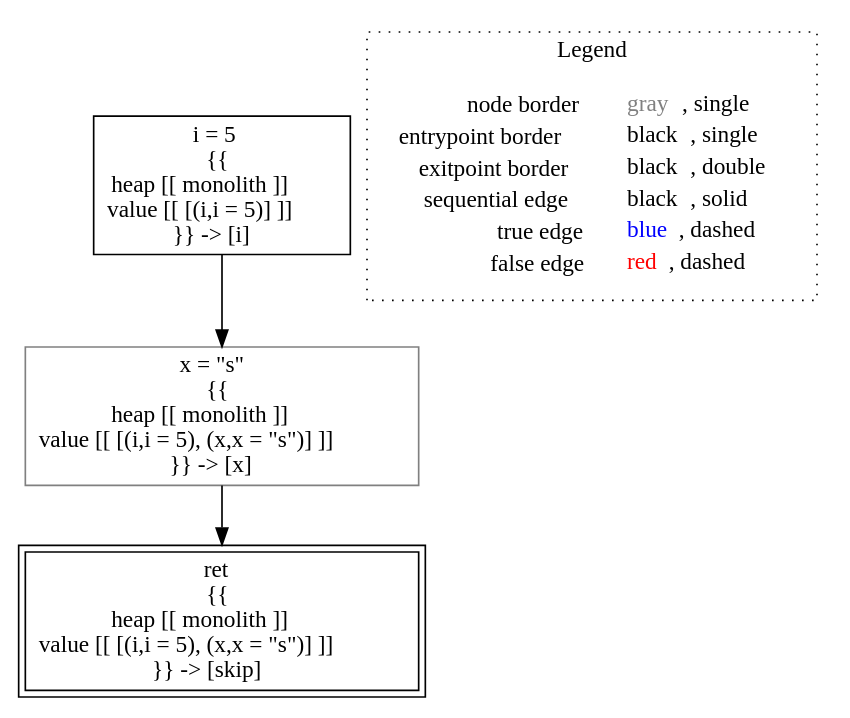
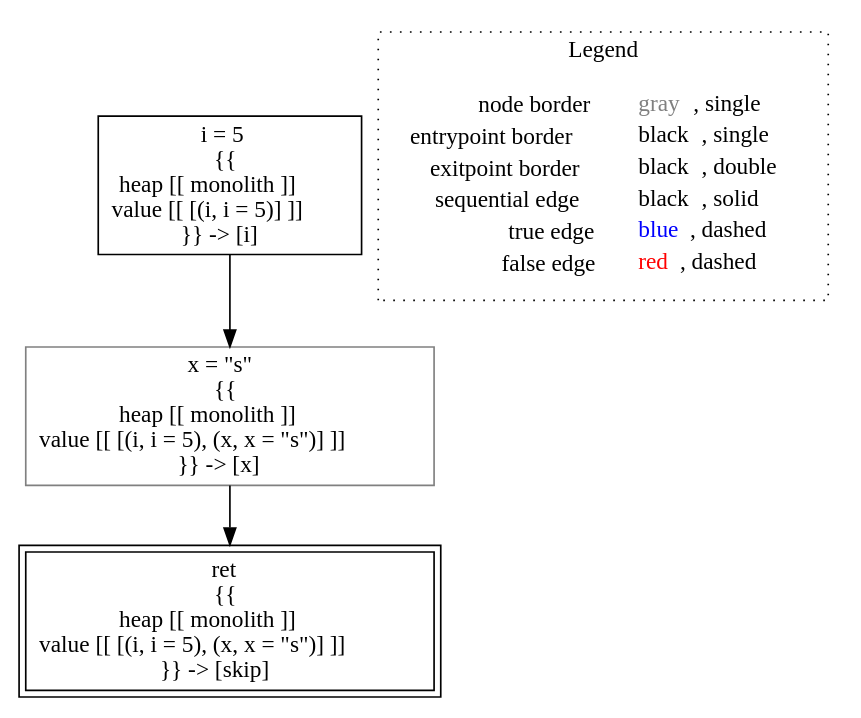
Before and after one commit to lisa-analyzer/lisa: the diagram in lisa/imp-testcases/reaching-definitions/analysis___untyped_reachingDefinitions.test1(reachingDefinitions_this).dot, drawn with Graphviz. The commit also changed 38 other files, not shown here.

```diff
--- a/lisa/imp-testcases/reaching-definitions/analysis___untyped_reachingDefinitions.test1(reachingDefinitions_this).dot
+++ b/lisa/imp-testcases/reaching-definitions/analysis___untyped_reachingDefinitions.test1(reachingDefinitions_this).dot
@@ -1,14 +1,14 @@
 digraph {
-	"node0" [shape="rect",color="black",label=<i = 5<BR/>{{<BR/>heap [[ monolith ]]<BR/>value [[ [(i,i = 5)] ]]<BR/>}} -&gt; [i]>];
-	"node1" [shape="rect",color="gray",label=<x = &quot;s&quot;<BR/>{{<BR/>heap [[ monolith ]]<BR/>value [[ [(i,i = 5), (x,x = &quot;s&quot;)] ]]<BR/>}} -&gt; [x]>];
-	"node2" [shape="rect",color="black",peripheries="2",label=<ret<BR/>{{<BR/>heap [[ monolith ]]<BR/>value [[ [(i,i = 5), (x,x = &quot;s&quot;)] ]]<BR/>}} -&gt; [skip]>];
+	"node0" [shape="rect",color="black",label=<i = 5<BR/>{{<BR/>heap [[ monolith ]]<BR/>value [[ [(i, i = 5)] ]]<BR/>}} -&gt; [i]>];
+	"node1" [shape="rect",color="gray",label=<x = &quot;s&quot;<BR/>{{<BR/>heap [[ monolith ]]<BR/>value [[ [(i, i = 5), (x, x = &quot;s&quot;)] ]]<BR/>}} -&gt; [x]>];
+	"node2" [shape="rect",color="black",peripheries="2",label=<ret<BR/>{{<BR/>heap [[ monolith ]]<BR/>value [[ [(i, i = 5), (x, x = &quot;s&quot;)] ]]<BR/>}} -&gt; [skip]>];
+	"node1" -> "node2" [color="black"];
 	"node0" -> "node1" [color="black"];
-	"node1" -> "node2" [color="black"];
 subgraph cluster_legend {
 	label="Legend";
 	style=dotted;
 	node [shape=plaintext];
 	"legend" [label=<<table border="0" cellpadding="2" cellspacing="0" cellborder="0"><tr><td align="right">node border&nbsp;</td><td align="left"><font color="gray">gray</font>, single</td></tr><tr><td align="right">entrypoint border&nbsp;</td><td align="left"><font color="black">black</font>, single</td></tr><tr><td align="right">exitpoint border&nbsp;</td><td align="left"><font color="black">black</font>, double</td></tr><tr><td align="right">sequential edge&nbsp;</td><td align="left"><font color="black">black</font>, solid</td></tr><tr><td align="right">true edge&nbsp;</td><td align="left"><font color="blue">blue</font>, dashed</td></tr><tr><td align="right">false edge&nbsp;</td><td align="left"><font color="red">red</font>, dashed</td></tr></table>>];
 }
 
 }
```
